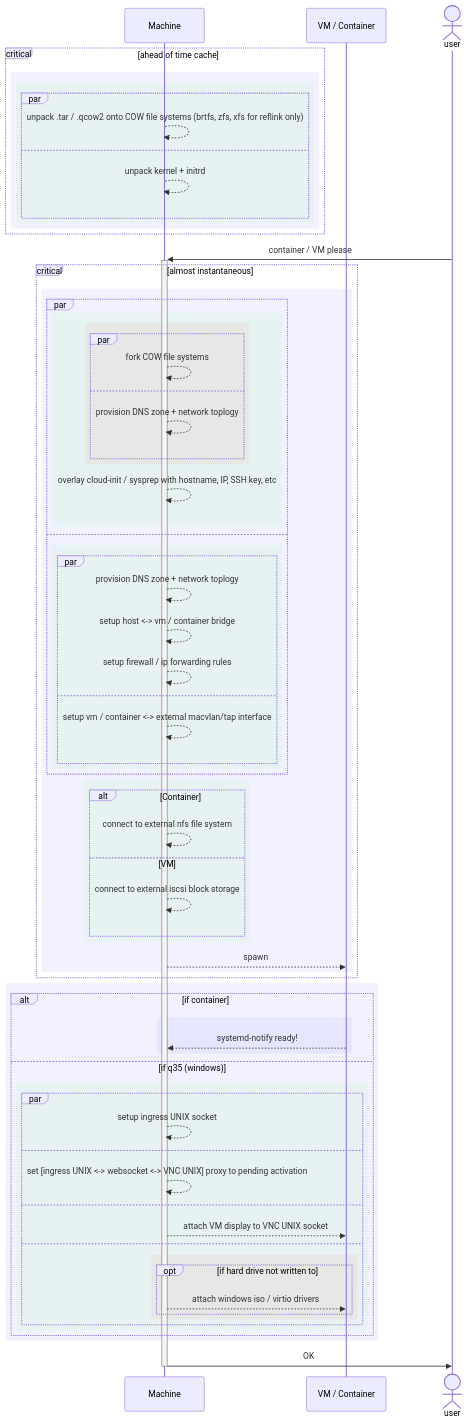
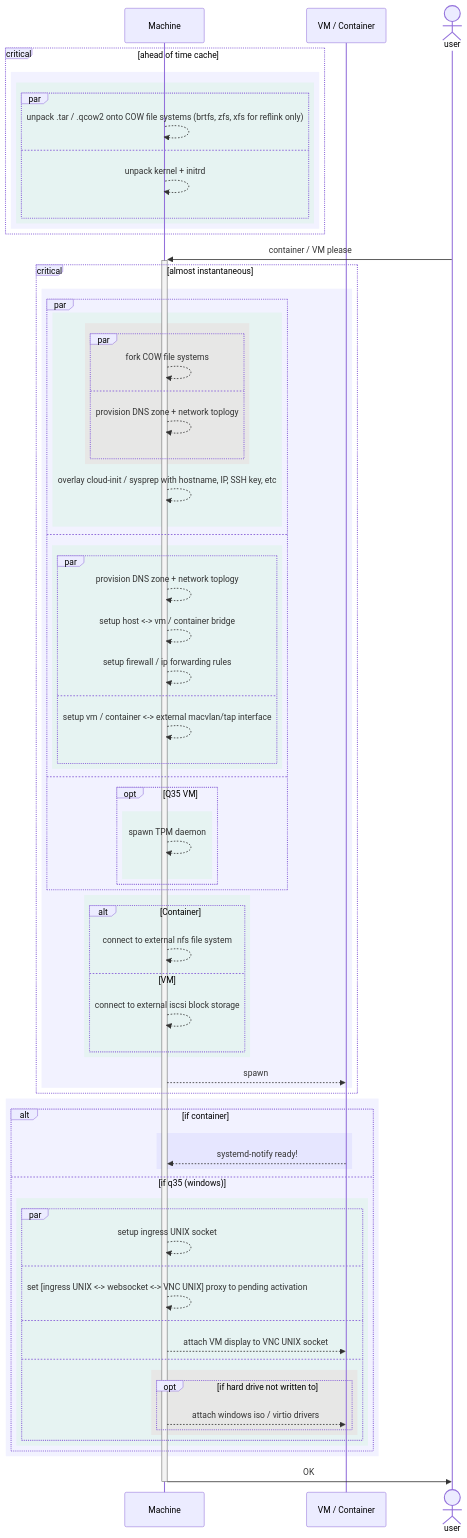
One commit to ms-jpq/lab changed the first of 2 diagrams in doc/PRIVATE_CLOUD.md. Above: the diagram before and after it, drawn with Mermaid. The commit also changed other lines of this file and 2 other files, not shown here.

```diff
--- a/doc/PRIVATE_CLOUD.md
+++ b/doc/PRIVATE_CLOUD.md
@@ -53,6 +53,12 @@
             machine-->>machine : setup vm / container <-> external macvlan/tap interface
           end
         end
+      and
+        opt Q35 VM
+          rect rgba(0, 255, 0, 0.05)
+            machine-->>machine : spawn TPM daemon
+          end
+        end
       end
       rect rgba(0, 255, 0, 0.05)
         alt Container
```
